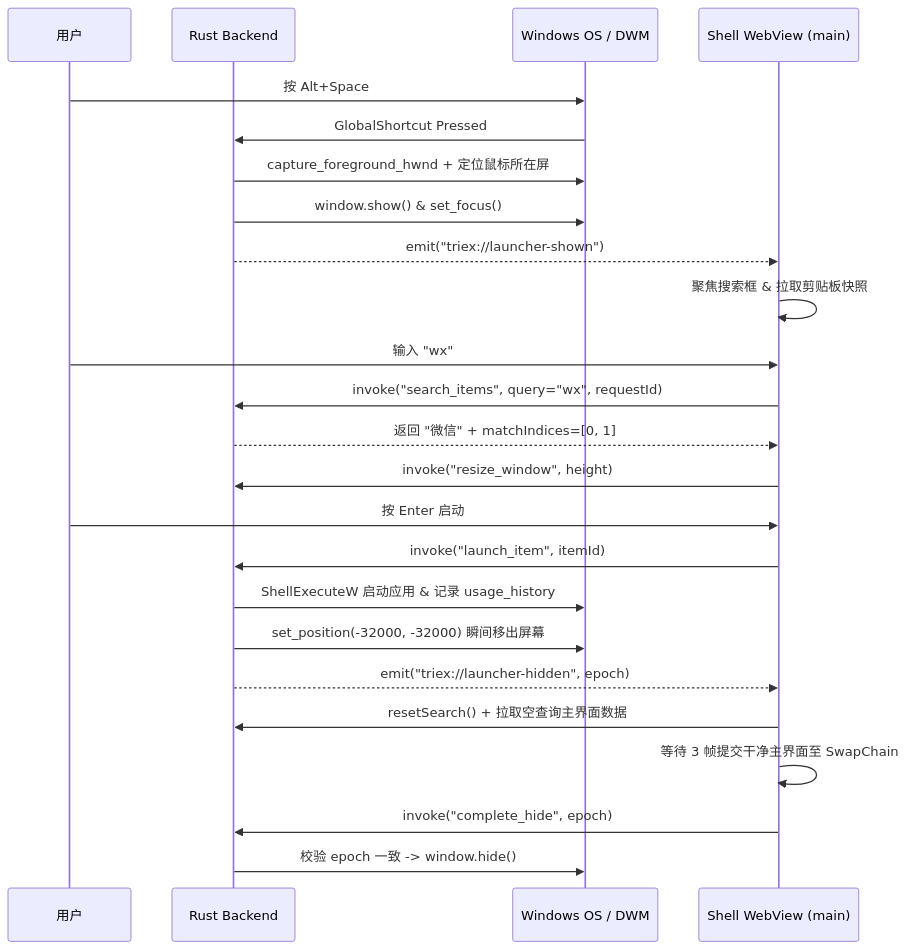
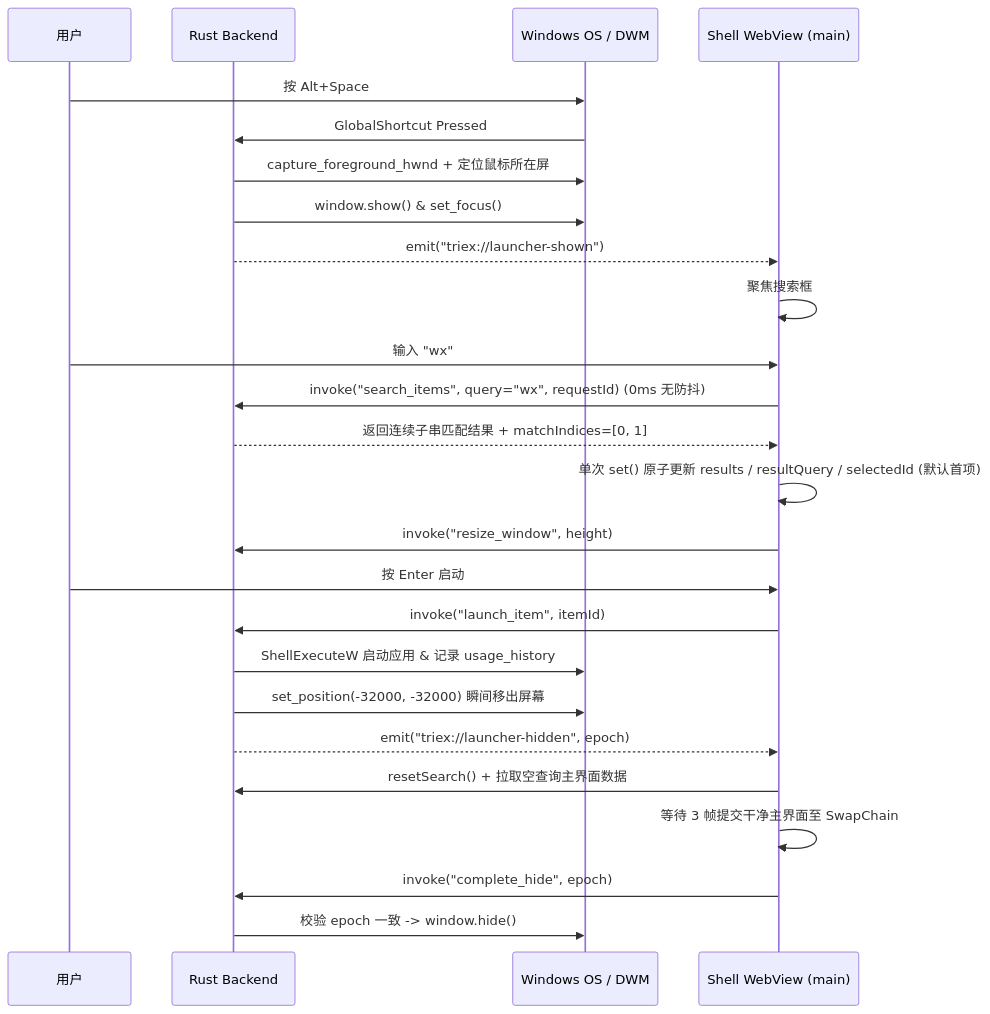
Before and after one commit to zephyraluco/triex: the second of 3 diagrams in docs/architecture.md, drawn with Mermaid. The commit also changed other lines of this file and 2 other files, not shown here.

First line of the commit message:
docs: update architecture docs and ignore local plugins directory

````diff
--- a/docs/architecture.md
+++ b/docs/architecture.md
@@ -152,29 +179,30 @@
 ```mermaid
 sequenceDiagram
     participant User as 用户
     participant Rust as Rust Backend
     participant Win as Windows OS / DWM
     participant Web as Shell WebView (main)
 
     User->>Win: 按 Alt+Space
     Win->>Rust: GlobalShortcut Pressed
     Rust->>Win: capture_foreground_hwnd + 定位鼠标所在屏
     Rust->>Win: window.show() & set_focus()
     Rust-->>Web: emit("triex://launcher-shown")
-    Web->>Web: 聚焦搜索框 & 拉取剪贴板快照
+    Web->>Web: 聚焦搜索框
 
     User->>Web: 输入 "wx"
-    Web->>Rust: invoke("search_items", query="wx", requestId)
-    Rust-->>Web: 返回 "微信" + matchIndices=[0, 1]
+    Web->>Rust: invoke("search_items", query="wx", requestId) (0ms 无防抖)
+    Rust-->>Web: 返回连续子串匹配结果 + matchIndices=[0, 1]
+    Web->>Web: 单次 set() 原子更新 results / resultQuery / selectedId (默认首项)
     Web->>Rust: invoke("resize_window", height)
 
     User->>Web: 按 Enter 启动
     Web->>Rust: invoke("launch_item", itemId)
     Rust->>Win: ShellExecuteW 启动应用 & 记录 usage_history
     Rust->>Win: set_position(-32000, -32000) 瞬间移出屏幕
     Rust-->>Web: emit("triex://launcher-hidden", epoch)
     Web->>Rust: resetSearch() + 拉取空查询主界面数据
     Web->>Web: 等待 3 帧提交干净主界面至 SwapChain
     Web->>Rust: invoke("complete_hide", epoch)
     Rust->>Win: 校验 epoch 一致 -> window.hide()
 ```
````
